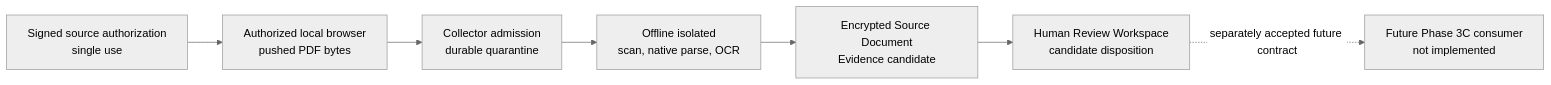
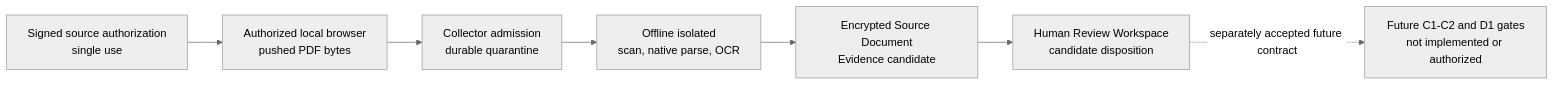
One commit to matthewart100-sys/project-jebediah changed the seventh of 7 diagrams in docs/ARCHITECTURE.md. Above: the diagram before and after it, drawn with Mermaid (neutral theme). The commit also changed other lines of this file and 30 other files, not shown here.

````diff
--- a/docs/ARCHITECTURE.md
+++ b/docs/ARCHITECTURE.md
@@ -405,14 +400,14 @@
 ```mermaid
 flowchart LR
     Authority["Signed source authorization\nsingle use"]
     Browser["Authorized local browser\npushed PDF bytes"]
     Admission["Collector admission\ndurable quarantine"]
     Workers["Offline isolated\nscan, native parse, OCR"]
     Evidence["Encrypted Source Document\nEvidence candidate"]
     Review["Human Review Workspace\ncandidate disposition"]
-    Phase3C["Future Phase 3C consumer\nnot implemented"]
+    FutureGates["Future C1-C2 and D1 gates\nnot implemented or authorized"]
 
     Authority --> Browser --> Admission
     Admission --> Workers --> Evidence --> Review
-    Review -.->|"separately accepted future contract"| Phase3C
+    Review -.->|"separately accepted future contract"| FutureGates
 ```
````
